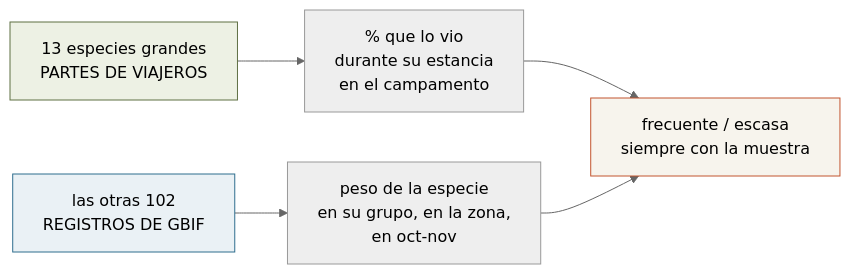
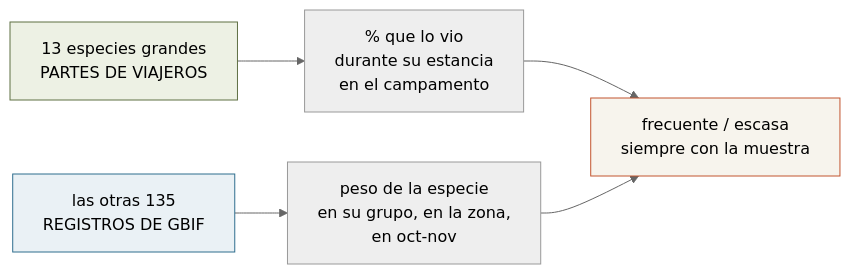
One commit to morandeirachema/namibia changed the diagram in 09-fauna-etosha.md. Above: the diagram before and after it, drawn with Mermaid (neutral theme). The commit also changed other lines of this file and 47 other files, not shown here.

````diff
--- a/09-fauna-etosha.md
+++ b/09-fauna-etosha.md
@@ -48,10 +52,10 @@
 ```mermaid
 flowchart LR
     A["13 especies grandes<br/>PARTES DE VIAJEROS"] --> A1["% que lo vio<br/>durante su estancia<br/>en el campamento"]
-    B["las otras 102<br/>REGISTROS DE GBIF"] --> B1["peso de la especie<br/>en su grupo, en la zona,<br/>en oct-nov"]
+    B["las otras 135<br/>REGISTROS DE GBIF"] --> B1["peso de la especie<br/>en su grupo, en la zona,<br/>en oct-nov"]
     A1 --> C["frecuente / escasa<br/>siempre con la muestra"]
     B1 --> C
     style A fill:#EDF1E4,stroke:#5F7043
     style B fill:#EAF1F5,stroke:#2F6E8E
     style C fill:#F7F4ED,stroke:#C2542F
 ```
````
